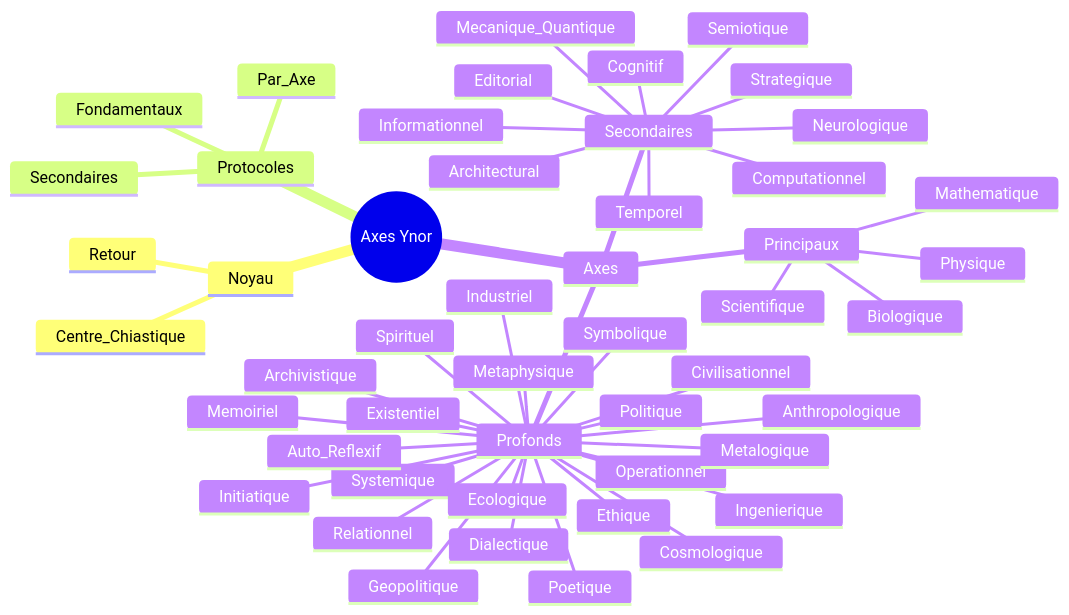
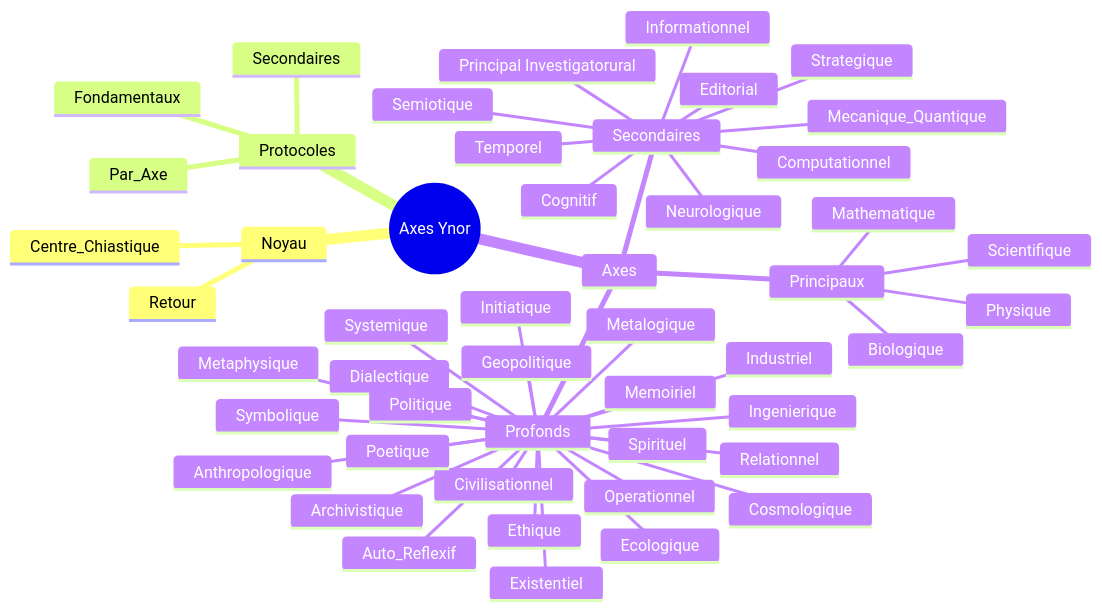
Before and after one commit to ronycharlier-byte/YNOR_MASTER_SHOWCASE: the diagram in 00_MASTER_FINAL/CARTE_MIROIR_AXES_YNOR.md, drawn with Mermaid. The commit also changed 516 other files, not shown here.

````diff
--- a/00_MASTER_FINAL/CARTE_MIROIR_AXES_YNOR.md
+++ b/00_MASTER_FINAL/CARTE_MIROIR_AXES_YNOR.md
@@ -8,52 +8,52 @@
 ```mermaid
 mindmap
   root((Axes Ynor))
     Noyau
       Centre_Chiastique
       Retour
     Protocoles
       Fondamentaux
       Secondaires
       Par_Axe
     Axes
       Principaux
         Mathematique
         Biologique
         Physique
         Scientifique
       Secondaires
         Cognitif
         Neurologique
         Mecanique_Quantique
         Informationnel
         Computationnel
         Semiotique
         Temporel
-        Architectural
+        Principal Investigatorural
         Editorial
         Strategique
       Profonds
         Metaphysique
         Symbolique
         Operationnel
         Relationnel
         Ethique
         Cosmologique
         Dialectique
         Spirituel
         Initiatique
         Politique
         Civilisationnel
         Industriel
         Systemique
         Poetique
         Ingenierique
         Existentiel
         Anthropologique
         Ecologique
         Memoiriel
         Archivistique
         Geopolitique
         Metalogique
         Auto_Reflexif
 ```
````
